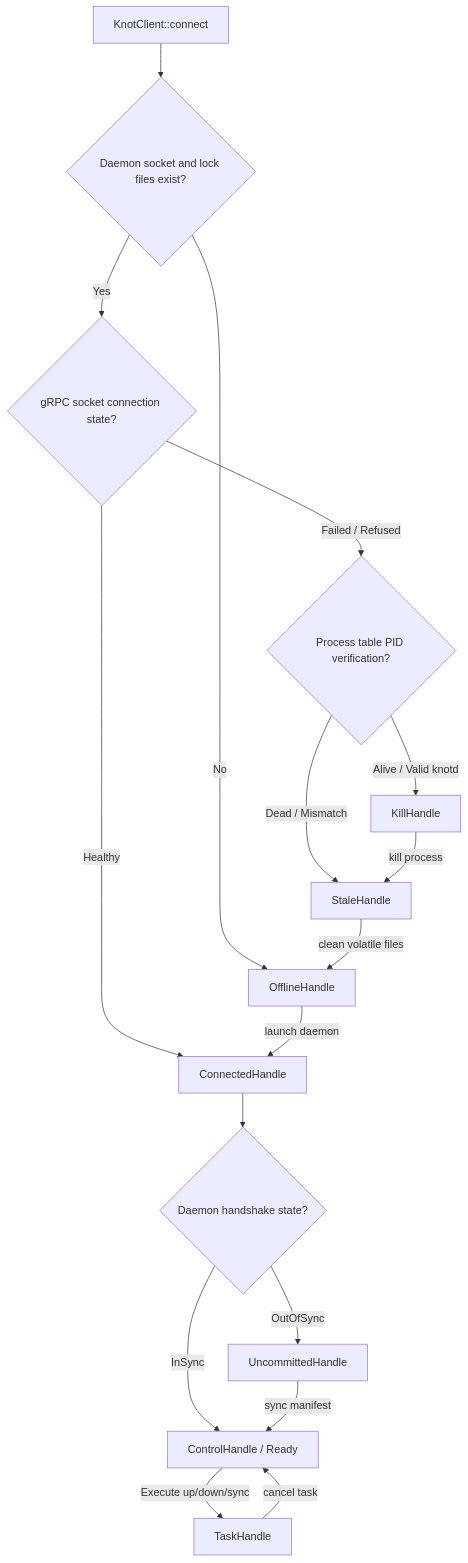
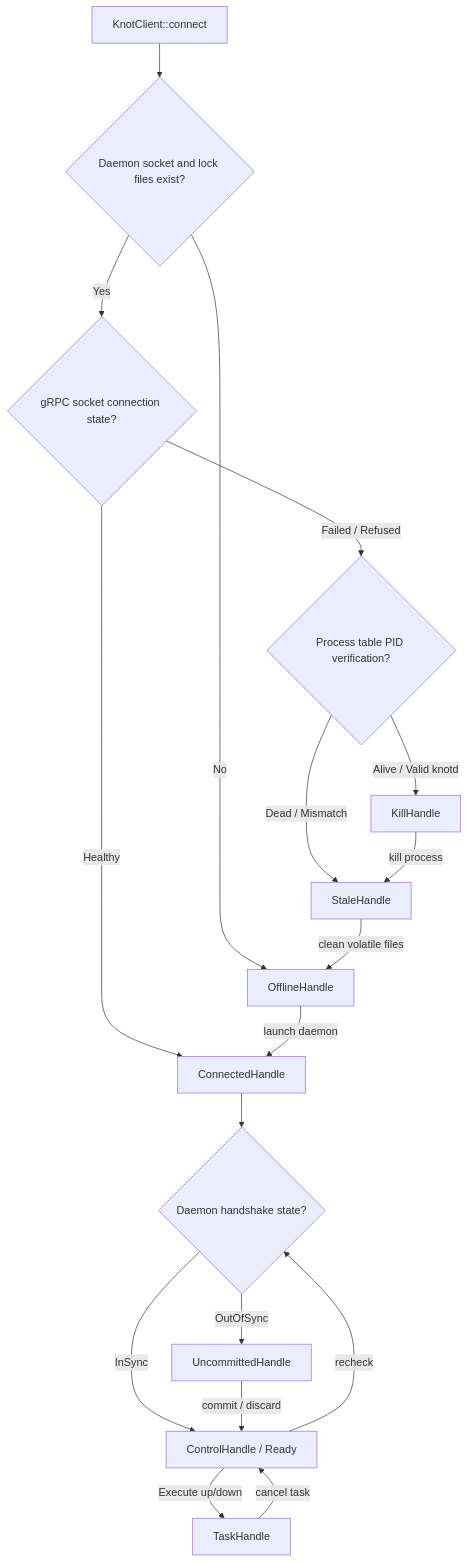
One commit to kand1ss/knot-ops changed the diagram in components/sdk/facade/docs/flow.md. Above: the diagram before and after it, drawn with Mermaid. The commit also changed 2 other files, not shown here.

Commit message:
feat(sdk): box UncommitedHandle in Commit result to fix memory issue

````diff
--- a/components/sdk/facade/docs/flow.md
+++ b/components/sdk/facade/docs/flow.md
@@ -1,19 +1,20 @@
 ```mermaid
 flowchart TD
     Client[KnotClient::connect] --> QArtifacts{Daemon socket and lock files exist?}
     QArtifacts -->|No| Offline[OfflineHandle]
     QArtifacts -->|Yes| QConnection{gRPC socket connection state?}
     QConnection -->|Healthy| Connected[ConnectedHandle]
     QConnection -->|Failed / Refused| QProcess{Process table PID verification?}
     QProcess -->|Alive / Valid knotd| Kill[KillHandle]
     QProcess -->|Dead / Mismatch| Stale[StaleHandle]
     Kill -->|kill process| Stale
     Stale -->|clean volatile files| Offline
     Offline -->|launch daemon| Connected
     Connected --> QHandshake{Daemon handshake state?}
     QHandshake -->|InSync| Control[ControlHandle / Ready]
     QHandshake -->|OutOfSync| Uncommitted[UncommittedHandle]
-    Uncommitted -->|sync manifest| Control
-    Control -->|Execute up/down/sync| Task[TaskHandle]
+    Uncommitted -->|commit / discard| Control
+    Control -->|recheck| QHandshake
+    Control -->|Execute up/down| Task[TaskHandle]
     Task -->|cancel task| Control
 ```
````
